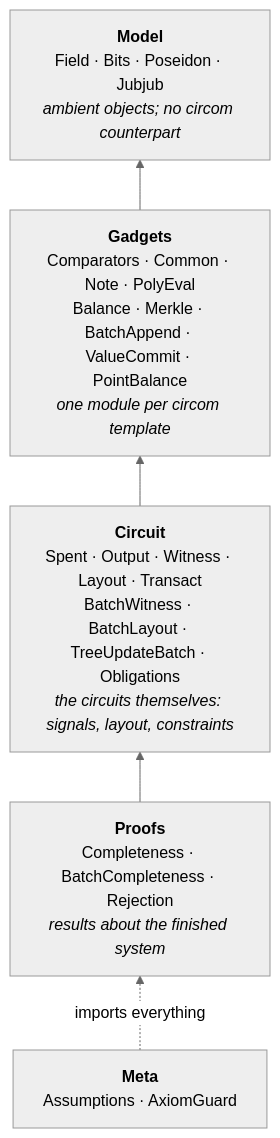
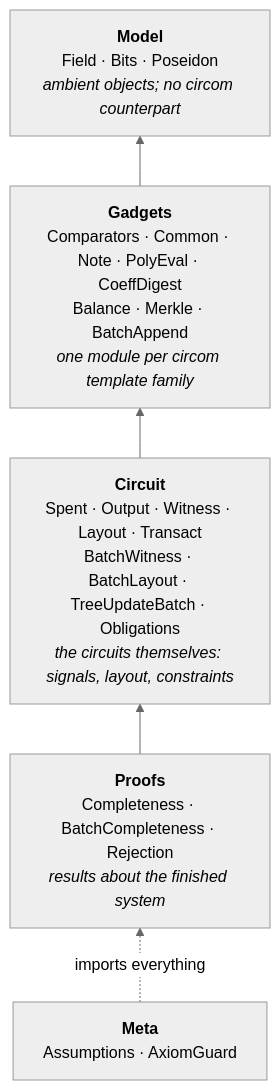
The third of 3 diagrams in lean/README.md (lelantos-org/circuits), drawn with Mermaid (neutral theme) before and after one commit. The commit also changed other lines of this file and 119 other files, not shown here.

````diff
--- a/lean/README.md
+++ b/lean/README.md
@@ -484,13 +597,13 @@
 ```mermaid
 flowchart BT
-    MODEL["<b>Model</b><br/>Field · Bits · Poseidon · Jubjub<br/><i>ambient objects; no circom counterpart</i>"]
-    GADGETS["<b>Gadgets</b><br/>Comparators · Common · Note · PolyEval<br/>Balance · Merkle · BatchAppend · ValueCommit · PointBalance<br/><i>one module per circom template</i>"]
+    MODEL["<b>Model</b><br/>Field · Bits · Poseidon<br/><i>ambient objects; no circom counterpart</i>"]
+    GADGETS["<b>Gadgets</b><br/>Comparators · Common · Note · PolyEval · CoeffDigest<br/>Balance · Merkle · BatchAppend<br/><i>one module per circom template family</i>"]
     CIRCUIT["<b>Circuit</b><br/>Spent · Output · Witness · Layout · Transact<br/>BatchWitness · BatchLayout · TreeUpdateBatch · Obligations<br/><i>the circuits themselves: signals, layout, constraints</i>"]
     PROOFS["<b>Proofs</b><br/>Completeness · BatchCompleteness · Rejection<br/><i>results about the finished system</i>"]
     META["<b>Meta</b><br/>Assumptions · AxiomGuard"]
 
     GADGETS --> MODEL
     CIRCUIT --> GADGETS
     PROOFS --> CIRCUIT
     META -.->|imports everything| PROOFS
 ```
````
